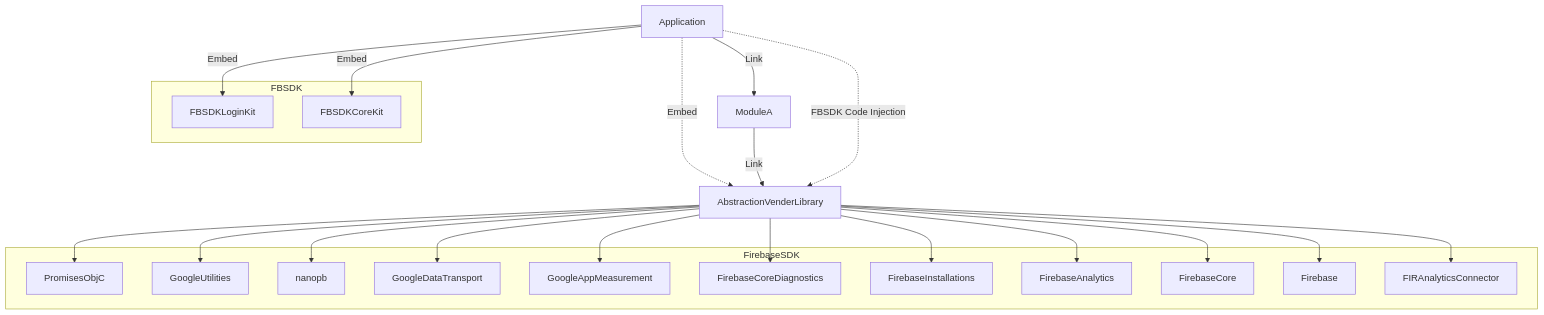
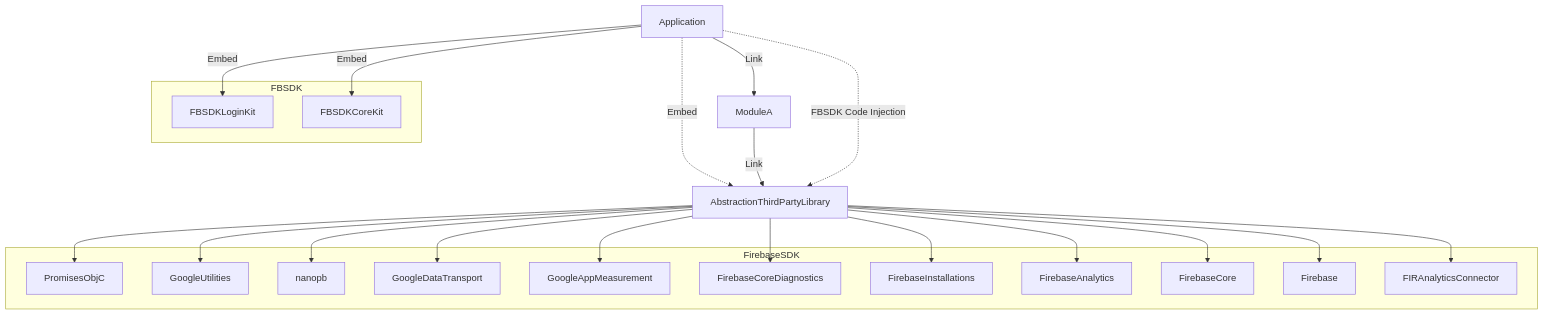
One commit to minsOne/minsOne.github.io changed the third of 3 diagrams in _posts/2021/04/2021-04-16-managed-3rd-party-library-static-dynamic.md. Above: the diagram before and after it, drawn with Mermaid. The commit also changed other lines of this file, not shown here.

```diff
--- a/_posts/2021/04/2021-04-16-managed-3rd-party-library-static-dynamic.md
+++ b/_posts/2021/04/2021-04-16-managed-3rd-party-library-static-dynamic.md
@@ -164,39 +197,39 @@
 {% mermaid %}
 graph TD;
 	subgraph FBSDK
 	FBSDKLoginKit
 	FBSDKCoreKit
 	end
 
 	subgraph FirebaseSDK
 	PromisesObjC
 	GoogleUtilities
 	nanopb
 	GoogleDataTransport
 	GoogleAppMeasurement
 	FirebaseCoreDiagnostics
 	FirebaseInstallations
 	FirebaseAnalytics
 	FirebaseCore
 	Firebase
 	FIRAnalyticsConnector
 	end
 
 	Application-- Embed -->FBSDKLoginKit & FBSDKCoreKit;
-	Application-. Embed .->AbstractionVenderLibrary;
+	Application-. Embed .->AbstractionThirdPartyLibrary;
 	Application-- Link -->ModuleA;
-	ModuleA-- Link -->AbstractionVenderLibrary;
-	Application-. FBSDK Code Injection .->AbstractionVenderLibrary;
+	ModuleA-- Link -->AbstractionThirdPartyLibrary;
+	Application-. FBSDK Code Injection .->AbstractionThirdPartyLibrary;
 
-	AbstractionVenderLibrary-->PromisesObjC;
-	AbstractionVenderLibrary-->GoogleUtilities;
-	AbstractionVenderLibrary-->nanopb;
-	AbstractionVenderLibrary-->GoogleDataTransport;
-	AbstractionVenderLibrary-->GoogleAppMeasurement;
-	AbstractionVenderLibrary-->FirebaseCoreDiagnostics;
-	AbstractionVenderLibrary-->FirebaseInstallations;
-	AbstractionVenderLibrary-->FirebaseAnalytics;
-	AbstractionVenderLibrary-->FirebaseCore;
-	AbstractionVenderLibrary-->Firebase;
-	AbstractionVenderLibrary-->FIRAnalyticsConnector;
+	AbstractionThirdPartyLibrary-->PromisesObjC;
+	AbstractionThirdPartyLibrary-->GoogleUtilities;
+	AbstractionThirdPartyLibrary-->nanopb;
+	AbstractionThirdPartyLibrary-->GoogleDataTransport;
+	AbstractionThirdPartyLibrary-->GoogleAppMeasurement;
+	AbstractionThirdPartyLibrary-->FirebaseCoreDiagnostics;
+	AbstractionThirdPartyLibrary-->FirebaseInstallations;
+	AbstractionThirdPartyLibrary-->FirebaseAnalytics;
+	AbstractionThirdPartyLibrary-->FirebaseCore;
+	AbstractionThirdPartyLibrary-->Firebase;
+	AbstractionThirdPartyLibrary-->FIRAnalyticsConnector;
 {% endmermaid %}
```
